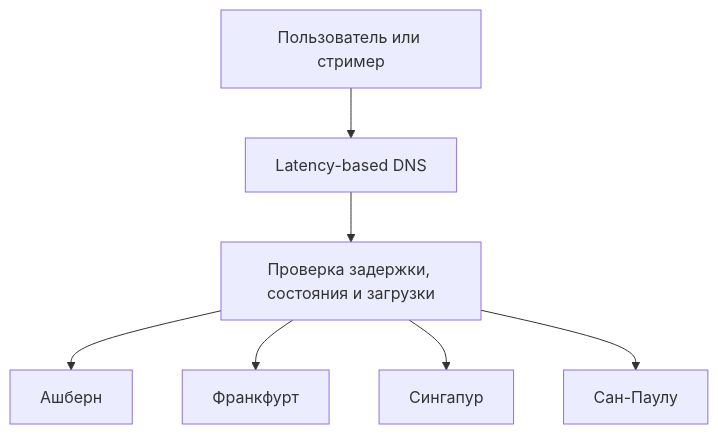
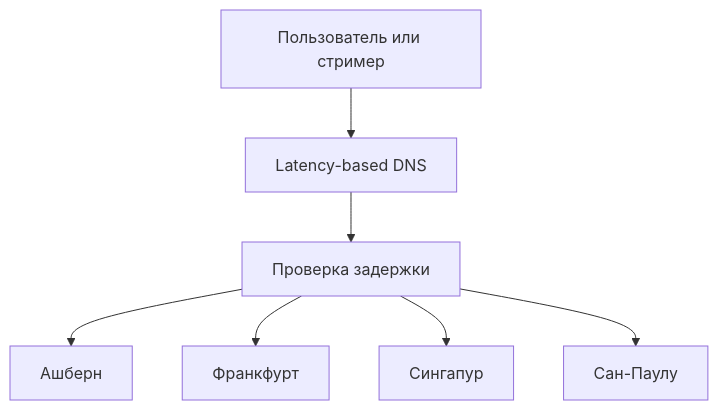
The first of 3 diagrams in README.md (Tim-arc/highload_2026_twitch), drawn with Mermaid before and after one commit.

````diff
--- a/README.md
+++ b/README.md
@@ -187,9 +187,9 @@
 ```mermaid
 flowchart TD
     U["Пользователь или стример"] --> D["Latency-based DNS"]
-    D --> C["Проверка задержки, состояния и загрузки"]
+    D --> C["Проверка задержки"]
     C --> NA["Ашберн"]
     C --> EU["Франкфурт"]
     C --> AP["Сингапур"]
     C --> SA["Сан-Паулу"]
 ```
````
